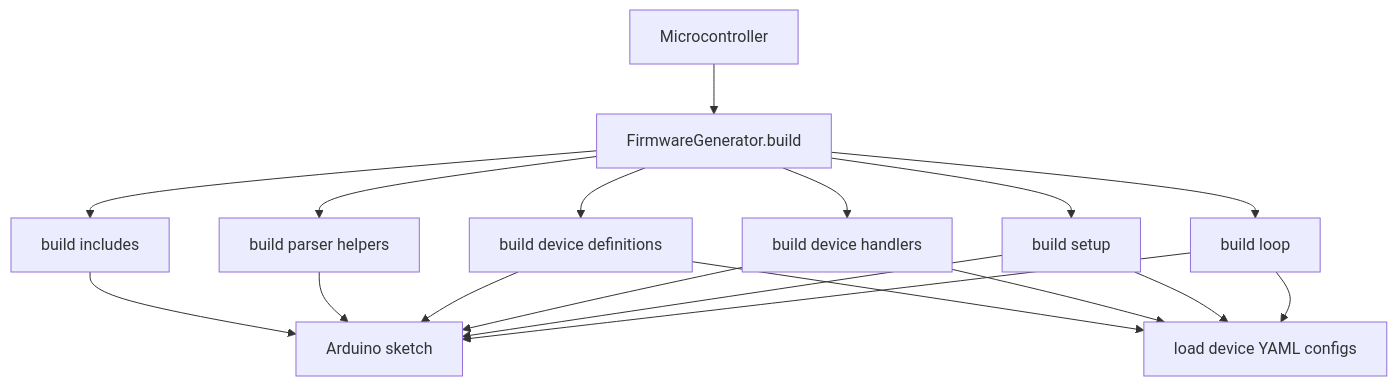
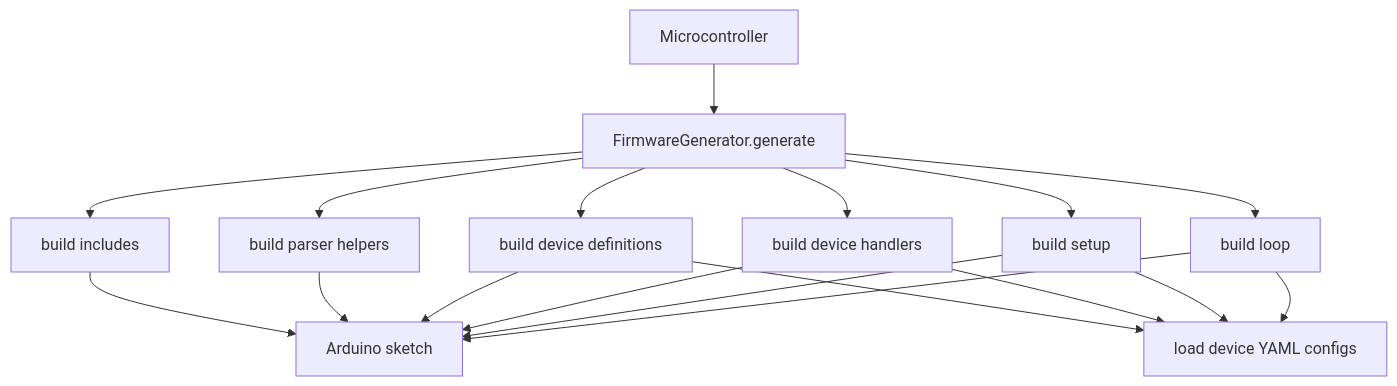
The diagram in src/gerbera_sdk/firmware/README.md (BaronLiu1993/gerbera), drawn with Mermaid before and after one commit. The commit also changed other lines of this file and 9 other files, not shown here.

````diff
--- a/src/gerbera_sdk/firmware/README.md
+++ b/src/gerbera_sdk/firmware/README.md
@@ -45,20 +48,20 @@
 ```mermaid
 flowchart TD
-    A[Microcontroller] --> B[FirmwareGenerator.build]
+    A[Microcontroller] --> B[FirmwareGenerator.generate]
     B --> C[build includes]
     B --> D[build parser helpers]
     B --> E[build device definitions]
     B --> F[build device handlers]
     B --> G[build setup]
     B --> H[build loop]
     E --> J[load device YAML configs]
     F --> J
     G --> J
     H --> J
     C --> I[Arduino sketch]
     D --> I
     E --> I
     F --> I
     G --> I
     H --> I
 ```
````
